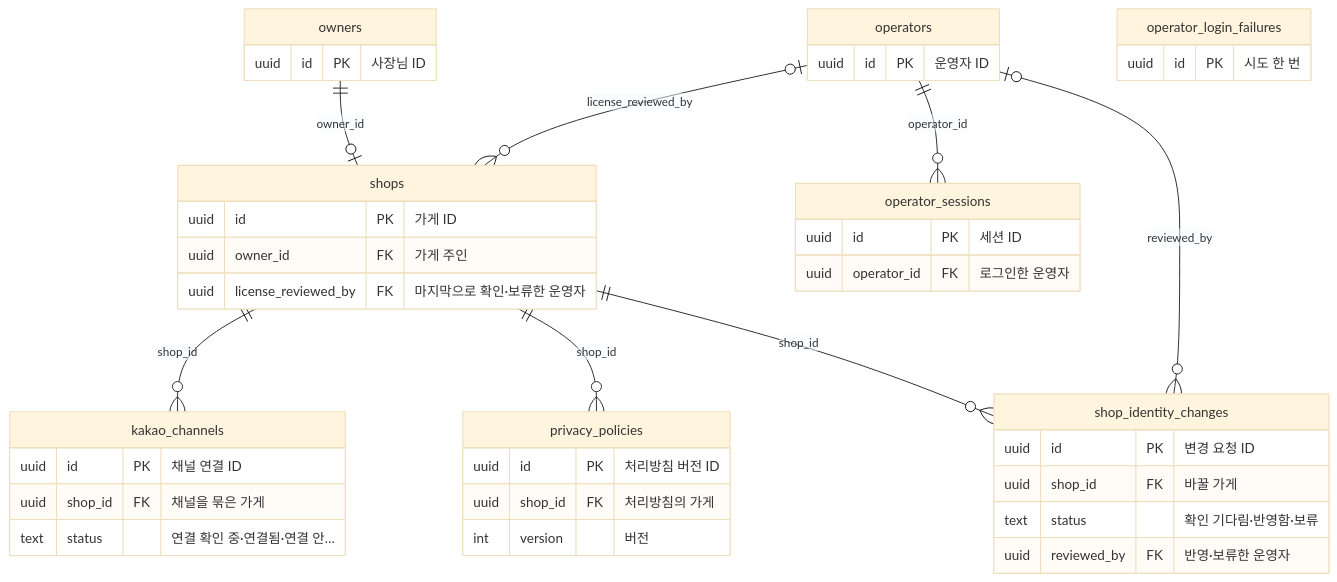
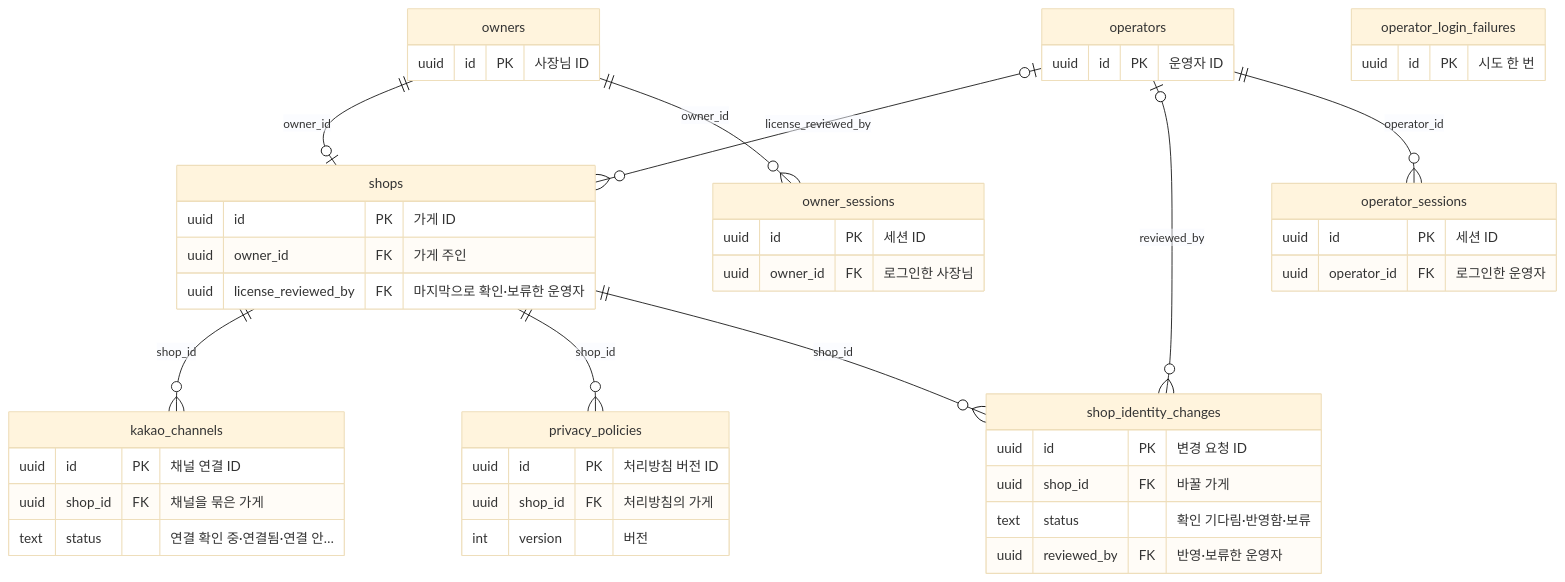
The eighth of 11 diagrams in docs/05-erd/README.md (kodonghui/siljang.ai), drawn with Mermaid (base theme) before and after one commit. The commit also changed other lines of this file and 29 other files, not shown here.

````diff
--- a/docs/05-erd/README.md
+++ b/docs/05-erd/README.md
@@ -587,44 +588,49 @@
 ```mermaid
 erDiagram
   owners {
     uuid id PK "사장님 ID"
   }
   operators {
     uuid id PK "운영자 ID"
   }
   shops {
     uuid id PK "가게 ID"
     uuid owner_id FK "가게 주인"
     uuid license_reviewed_by FK "마지막으로 확인·보류한 운영자"
   }
   kakao_channels {
     uuid id PK "채널 연결 ID"
     uuid shop_id FK "채널을 묶은 가게"
     text status "연결 확인 중·연결됨·연결 안…"
   }
   privacy_policies {
     uuid id PK "처리방침 버전 ID"
     uuid shop_id FK "처리방침의 가게"
     int version "버전"
   }
   shop_identity_changes {
     uuid id PK "변경 요청 ID"
     uuid shop_id FK "바꿀 가게"
     text status "확인 기다림·반영함·보류"
     uuid reviewed_by FK "반영·보류한 운영자"
   }
   operator_sessions {
     uuid id PK "세션 ID"
     uuid operator_id FK "로그인한 운영자"
   }
   operator_login_failures {
     uuid id PK "시도 한 번"
   }
+  owner_sessions {
+    uuid id PK "세션 ID"
+    uuid owner_id FK "로그인한 사장님"
+  }
   owners ||--o| shops : "owner_id"
   operators |o--o{ shops : "license_reviewed_by"
   shops ||--o{ kakao_channels : "shop_id"
   shops ||--o{ privacy_policies : "shop_id"
   shops ||--o{ shop_identity_changes : "shop_id"
   operators |o--o{ shop_identity_changes : "reviewed_by"
   operators ||--o{ operator_sessions : "operator_id"
+  owners ||--o{ owner_sessions : "owner_id"
 ```
````
